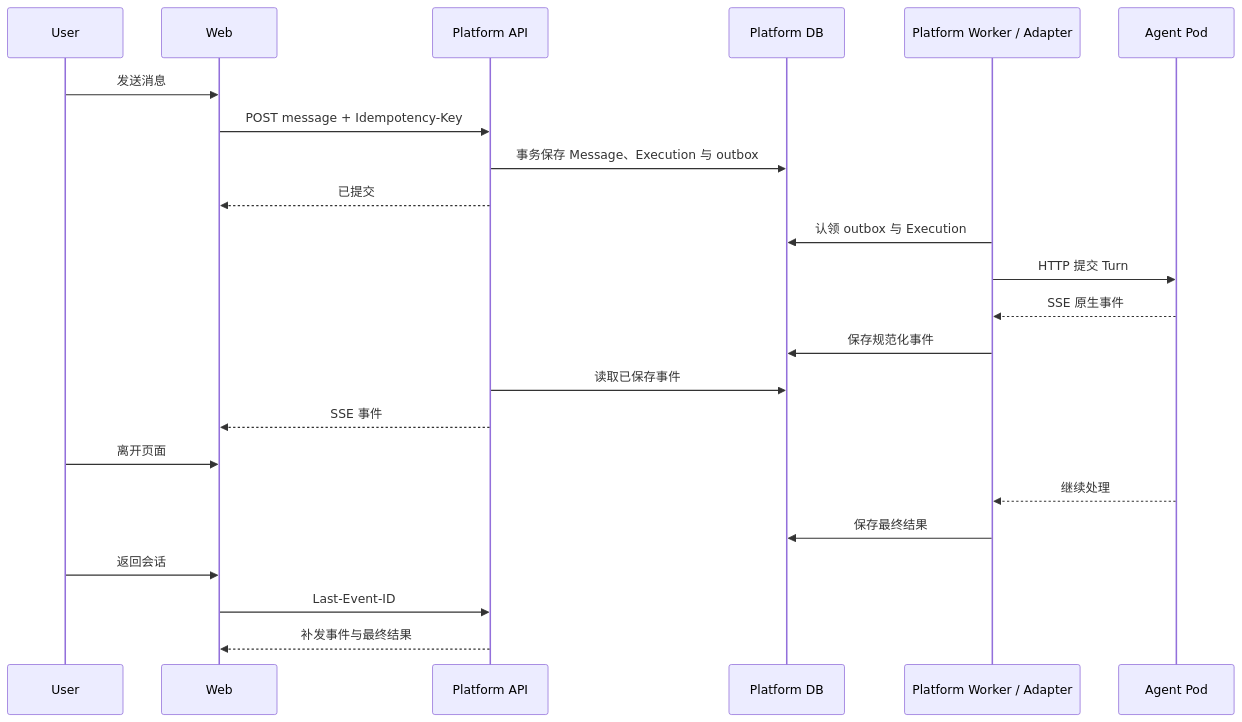
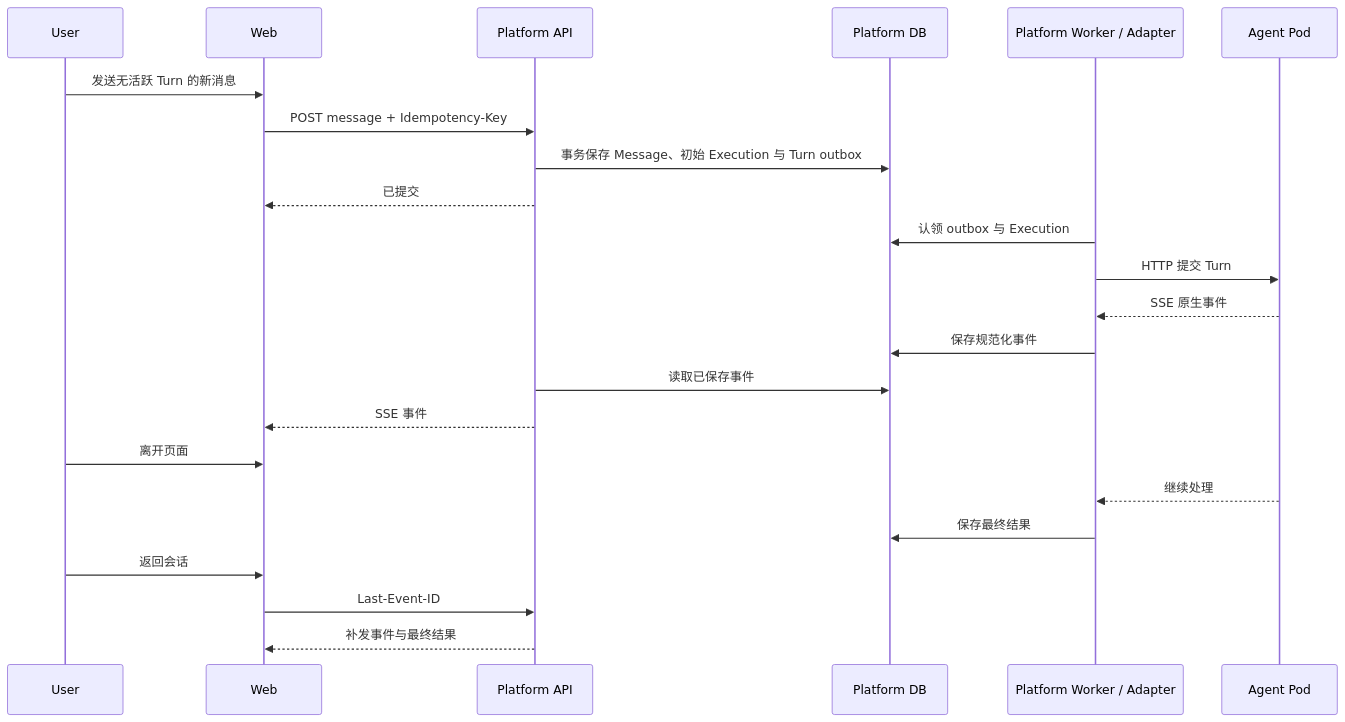
One commit to AgoraIO-Extensions/agent-infra changed the second of 3 diagrams in docs/architecture/SPEC-agent-infra-M1-engineering-architecture.md. Above: the diagram before and after it, drawn with Mermaid. The commit also changed other lines of this file and 2 other files, not shown here.

Commit message:
docs: clarify runtime message and entry boundaries

````diff
--- a/docs/architecture/SPEC-agent-infra-M1-engineering-architecture.md
+++ b/docs/architecture/SPEC-agent-infra-M1-engineering-architecture.md
@@ -423,26 +423,26 @@
 ```mermaid
 sequenceDiagram
     participant U as User
     participant W as Web
     participant P as Platform API
     participant D as Platform DB
     participant A as Platform Worker / Adapter
     participant R as Agent Pod
 
-    U->>W: 发送消息
+    U->>W: 发送无活跃 Turn 的新消息
     W->>P: POST message + Idempotency-Key
-    P->>D: 事务保存 Message、Execution 与 outbox
+    P->>D: 事务保存 Message、初始 Execution 与 Turn outbox
     P-->>W: 已提交
     A->>D: 认领 outbox 与 Execution
     A->>R: HTTP 提交 Turn
     R-->>A: SSE 原生事件
     A->>D: 保存规范化事件
     P->>D: 读取已保存事件
     P-->>W: SSE 事件
     U->>W: 离开页面
     R-->>A: 继续处理
     A->>D: 保存最终结果
     U->>W: 返回会话
     W->>P: Last-Event-ID
     P-->>W: 补发事件与最终结果
 ```
````
